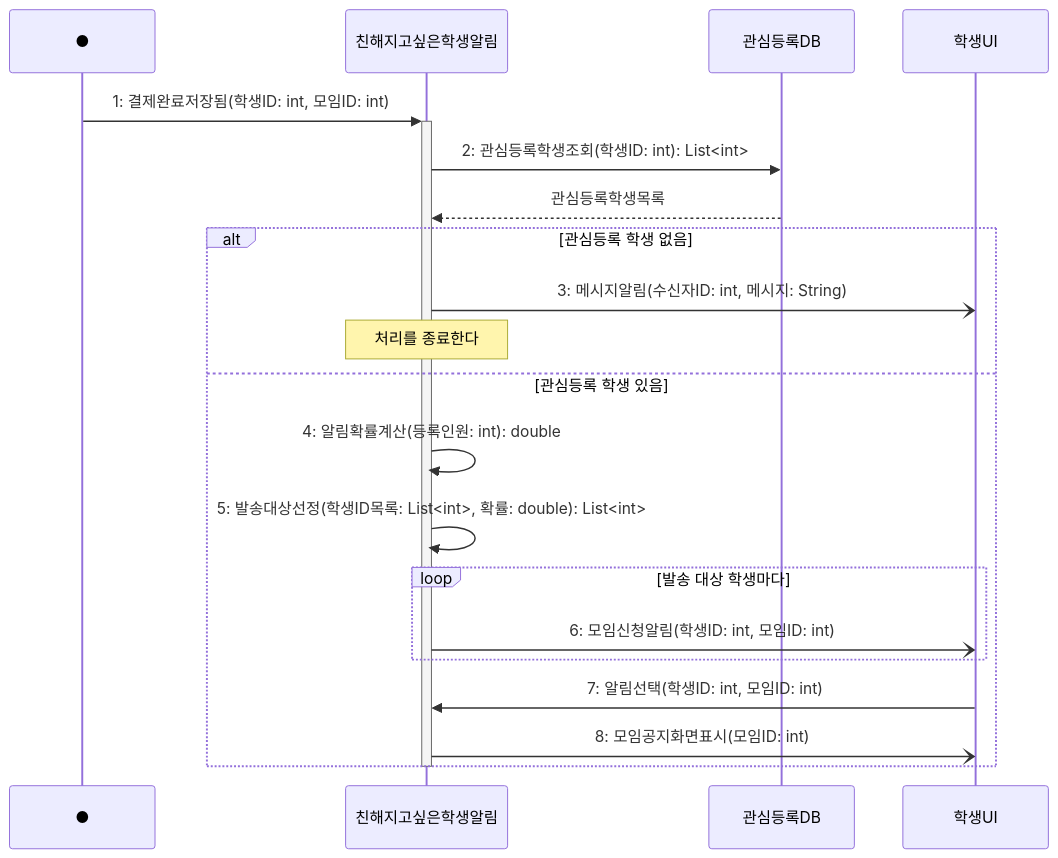
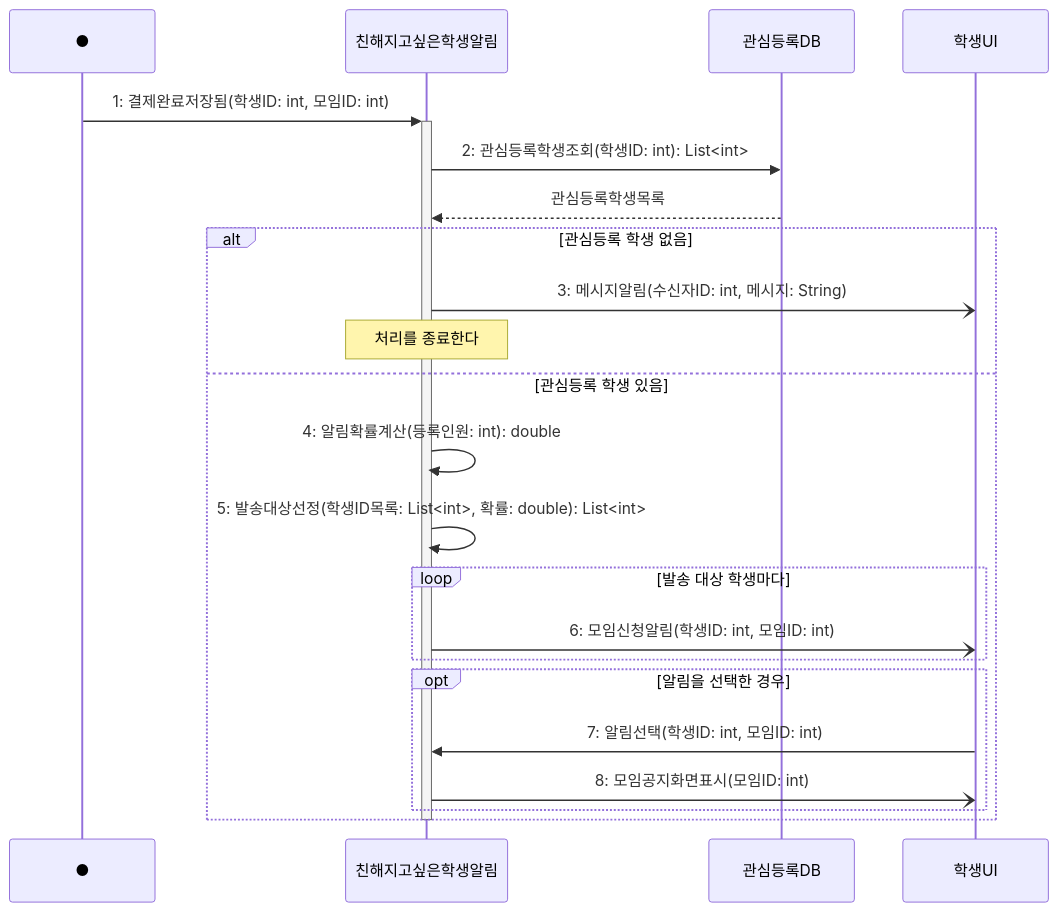
Before and after one commit to hojae3/sw-engineering-16: the diagram in sequence/seq-03.md, drawn with Mermaid. The commit also changed other lines of this file and 1 other file, not shown here.

Commit message:
[seq-03/req-03] 7~8번 알림 선택 흐름 opt 블록 분리 및 Action 6 else 동작 추가

````diff
--- a/sequence/seq-03.md
+++ b/sequence/seq-03.md
@@ -22,25 +22,27 @@
 ```mermaid
 sequenceDiagram
     participant Found as ●
     participant 알림 as 친해지고싶은학생알림
     participant 관심DB as 관심등록DB
     participant 학생UI as 학생UI
 
     Found->>+알림: 1: 결제완료저장됨(학생ID: int, 모임ID: int)
     알림->>관심DB: 2: 관심등록학생조회(학생ID: int): List<int>
     관심DB-->>알림: 관심등록학생목록
 
     alt 관심등록 학생 없음
         알림-)학생UI: 3: 메시지알림(수신자ID: int, 메시지: String)
         Note over 알림: 처리를 종료한다
     else 관심등록 학생 있음
         알림->>알림: 4: 알림확률계산(등록인원: int): double
         알림->>알림: 5: 발송대상선정(학생ID목록: List<int>, 확률: double): List<int>
         loop 발송 대상 학생마다
             알림-)학생UI: 6: 모임신청알림(학생ID: int, 모임ID: int)
         end
-        학생UI->>알림: 7: 알림선택(학생ID: int, 모임ID: int)
-        알림-)학생UI: 8: 모임공지화면표시(모임ID: int)
+        opt 알림을 선택한 경우
+            학생UI->>알림: 7: 알림선택(학생ID: int, 모임ID: int)
+            알림-)학생UI: 8: 모임공지화면표시(모임ID: int)
+        end
     end
     deactivate 알림
 ```
````
